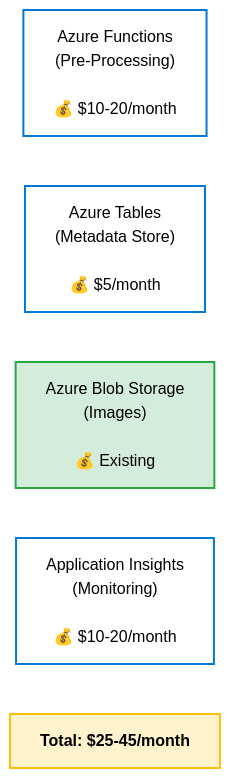
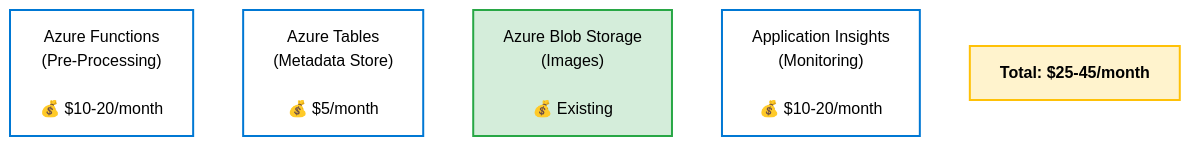
Before and after one commit to anandSgunti/cloud: the fourth of 5 diagrams in 02-The-Bug/02_Solution_Architecture.md, drawn with Mermaid.

````diff
--- a/02-The-Bug/02_Solution_Architecture.md
+++ b/02-The-Bug/02_Solution_Architecture.md
@@ -201,19 +201,19 @@
 ```mermaid
-graph TB
+graph LR
     AF["Azure Functions<br/>(Pre-Processing)<br/><br/>💰 $10-20/month"]
     AT["Azure Tables<br/>(Metadata Store)<br/><br/>💰 $5/month"]
     BS["Azure Blob Storage<br/>(Images)<br/><br/>💰 Existing"]
     AI["Application Insights<br/>(Monitoring)<br/><br/>💰 $10-20/month"]
     TOTAL["Total: $25-45/month"]
     
     AF ~~~ AT
     AT ~~~ BS
     BS ~~~ AI
     AI ~~~ TOTAL
     
     style AF fill:#fff,stroke:#0078d4,stroke-width:2px,color:#000
     style AT fill:#fff,stroke:#0078d4,stroke-width:2px,color:#000
     style BS fill:#d4edda,stroke:#28a745,stroke-width:2px,color:#000
     style AI fill:#fff,stroke:#0078d4,stroke-width:2px,color:#000
     style TOTAL fill:#fff3cd,stroke:#ffc107,stroke-width:2px,color:#000,font-weight:bold
 ```
````
